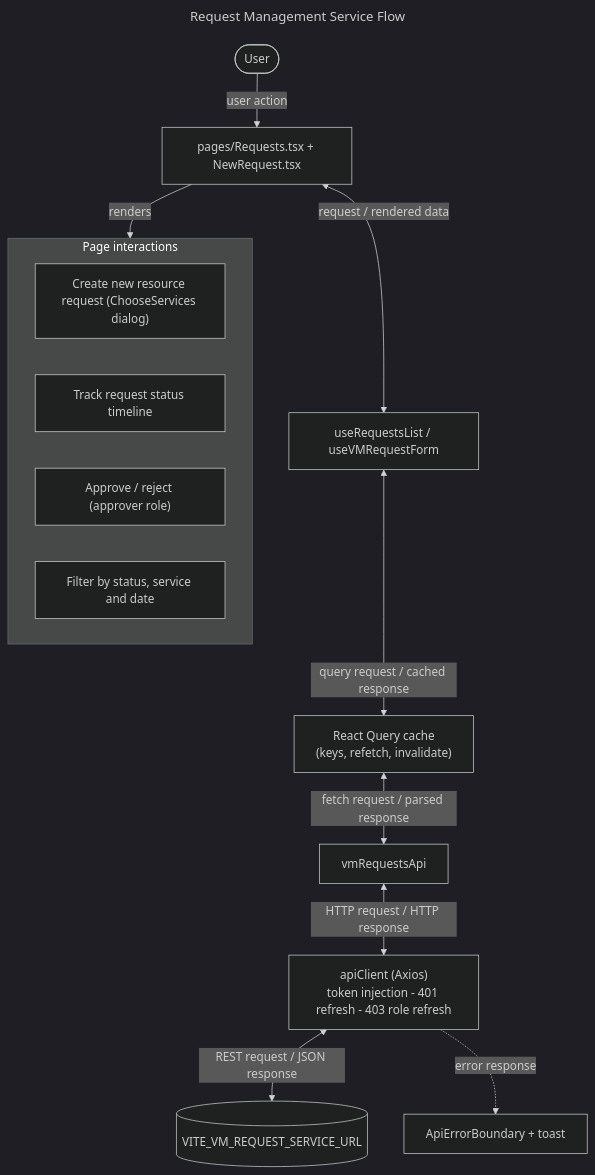
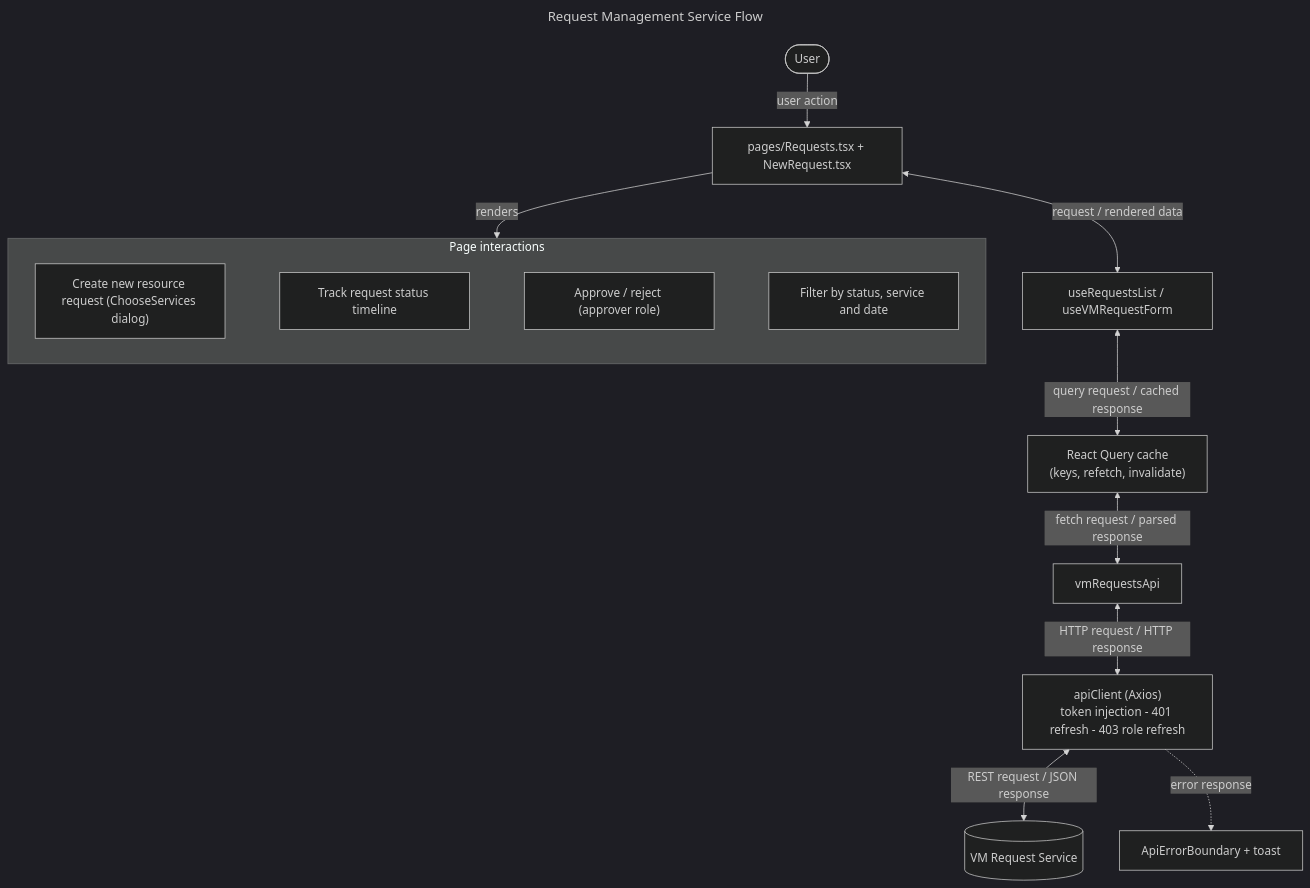
Before and after one commit to sayeeduddinofficial/user-table-view: the diagram in docs/flowcharts/requests.mmd, drawn with Mermaid (dark theme). The commit also changed 87 other files, not shown here.

Commit message:
latest flow charts

```diff
--- a/docs/flowcharts/requests.mmd
+++ b/docs/flowcharts/requests.mmd
@@ -1,18 +1,20 @@
 ---
 title: Request Management Service Flow
 ---
 flowchart TD
   U([User]) -->|"user action"| P["pages/Requests.tsx + NewRequest.tsx"]
   P <-->|"request / rendered data"| H["useRequestsList / useVMRequestForm"]
   H <-->|"query request / cached response"| Q["React Query cache<br/>(keys, refetch, invalidate)"]
   Q <-->|"fetch request / parsed response"| A["vmRequestsApi"]
   A <-->|"HTTP request / HTTP response"| C["apiClient (Axios)<br/>token injection - 401 refresh - 403 role refresh"]
-  C <-->|"REST request / JSON response"| S[("VITE_VM_REQUEST_SERVICE_URL")]
+  C <-->|"REST request / JSON response"| S[("VM Request Service")]
   P -->|"renders"| UI
   subgraph UI[Page interactions]
+    direction LR
     S0["Create new resource request (ChooseServices dialog)"]
     S1["Track request status timeline"]
     S2["Approve / reject (approver role)"]
     S3["Filter by status, service and date"]
+    S0 ~~~ S1 ~~~ S2 ~~~ S3
   end
   C -. "error response" .-> E["ApiErrorBoundary + toast"]
```
